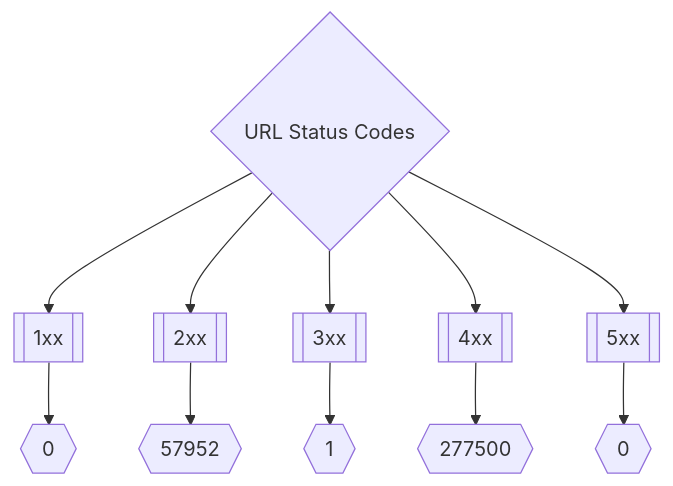
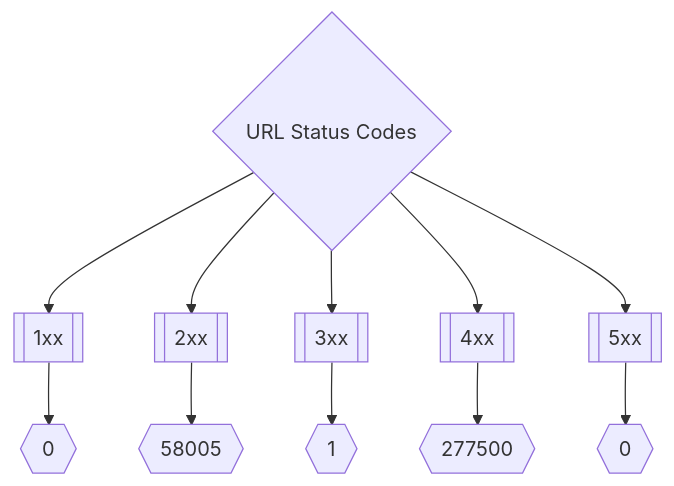
One commit to trickest/inventory changed the second of 3 diagrams in README.md. Above: the diagram before and after it, drawn with Mermaid. The commit also changed other lines of this file, not shown here.

Commit message:
Update Wed Apr  6 07:13:37 UTC 2022

````diff
--- a/README.md
+++ b/README.md
@@ -173,8 +173,8 @@
 ```mermaid
 graph TD
 title{URL Status Codes} --> 1xx[[1xx]] --> status1xxNum{{0}}
-title --> 2xx[[2xx]] --> status2xxNum{{57952}}
+title --> 2xx[[2xx]] --> status2xxNum{{58005}}
 title --> 3xx[[3xx]] --> status3xxNum{{1}}
 title --> 4xx[[4xx]] --> status4xxNum{{277500}}
 title --> 5xx[[5xx]] --> status5xxNum{{0}}
 ```
````
